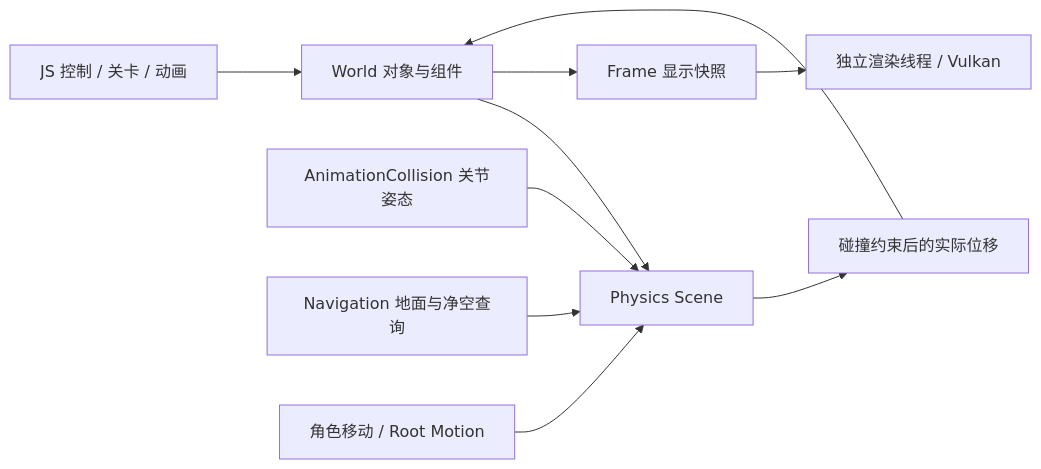
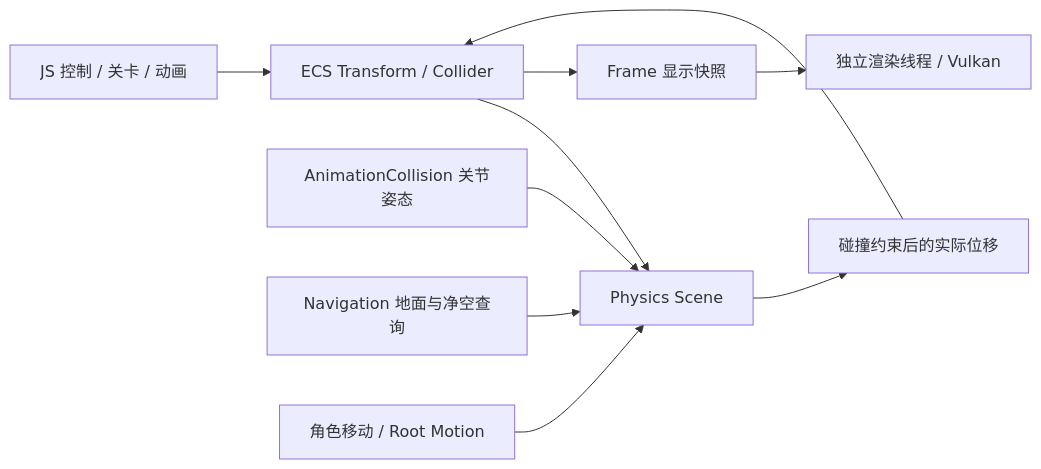
Before and after one commit to HolyCaonima/whimsical: the diagram in docs/physics-scene.md, drawn with Mermaid. The commit also changed other lines of this file and 55 other files, not shown here.

````diff
--- a/docs/physics-scene.md
+++ b/docs/physics-scene.md
@@ -5,12 +5,12 @@
 ```mermaid
 flowchart LR
-    JS[JS 控制 / 关卡 / 动画] --> W[World 对象与组件]
+    JS[JS 控制 / 关卡 / 动画] --> W[ECS Transform / Collider]
     W --> P[Physics Scene]
     A[AnimationCollision 关节姿态] --> P
     N[Navigation 地面与净空查询] --> P
     M[角色移动 / Root Motion] --> P
     P --> R[碰撞约束后的实际位移]
     R --> W
     W --> F[Frame 显示快照]
     F --> V[独立渲染线程 / Vulkan]
 ```
````
